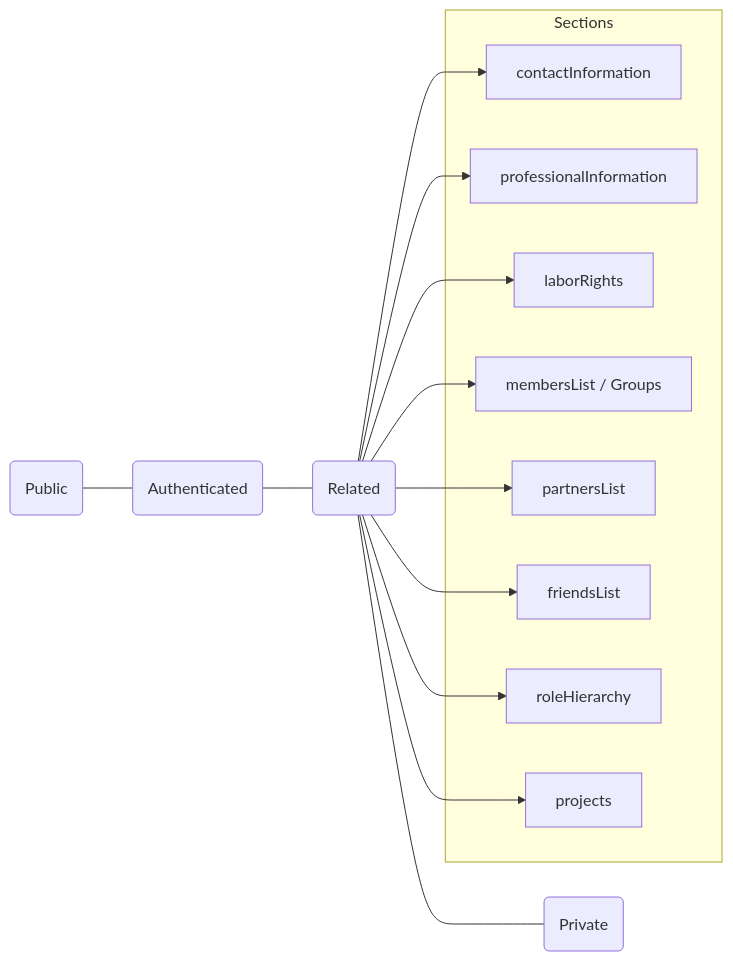
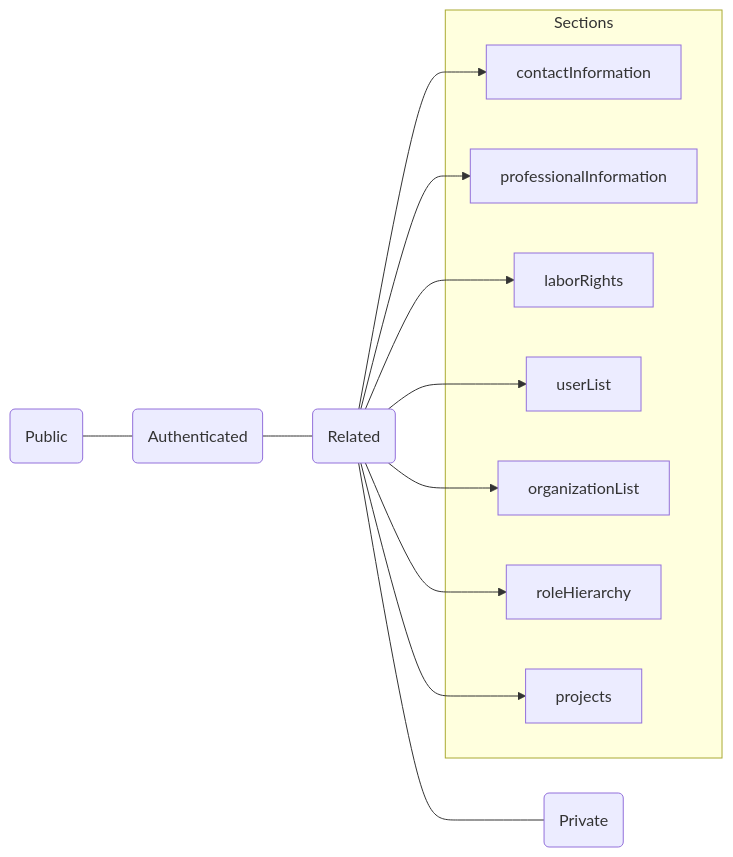
Before and after one commit to ASCENDynamics-NFP/AscendCoopPlatform: the seventh of 7 diagrams in docs/privacy-settings.md, drawn with Mermaid. The commit also changed other lines of this file and 15 other files, not shown here.

Commit message:
removed relationship field and logic around members/partners/friends lists, it added more complexity than it was worth.

````diff
--- a/docs/privacy-settings.md
+++ b/docs/privacy-settings.md
@@ -242,25 +238,23 @@
 ```mermaid
 graph LR
   Public(Public) --- Auth(Authenticated) --- Related(Related)
   Related --- Private(Private)
 
   subgraph Sections
     CI[contactInformation]
     PF[professionalInformation]
     LR[laborRights]
-    ML[membersList / Groups]
-    PL[partnersList]
-    FL[friendsList]
+    UL[userList]
+    OL[organizationList]
     RH[roleHierarchy]
     PR[projects]
   end
 
   Related --> CI
   Related --> PF
   Related --> LR
-  Related --> ML
-  Related --> PL
-  Related --> FL
+  Related --> UL
+  Related --> OL
   Related --> RH
   Related --> PR
 ```
````
